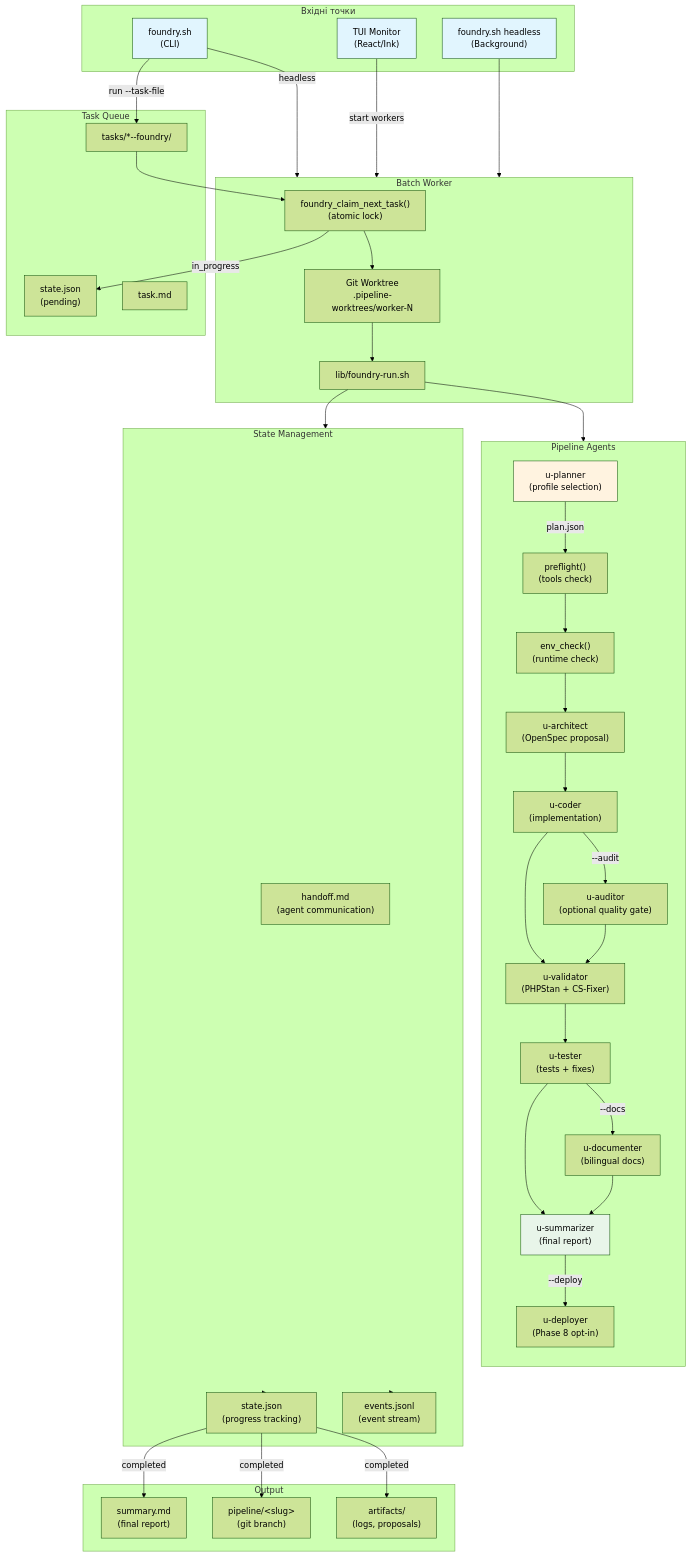
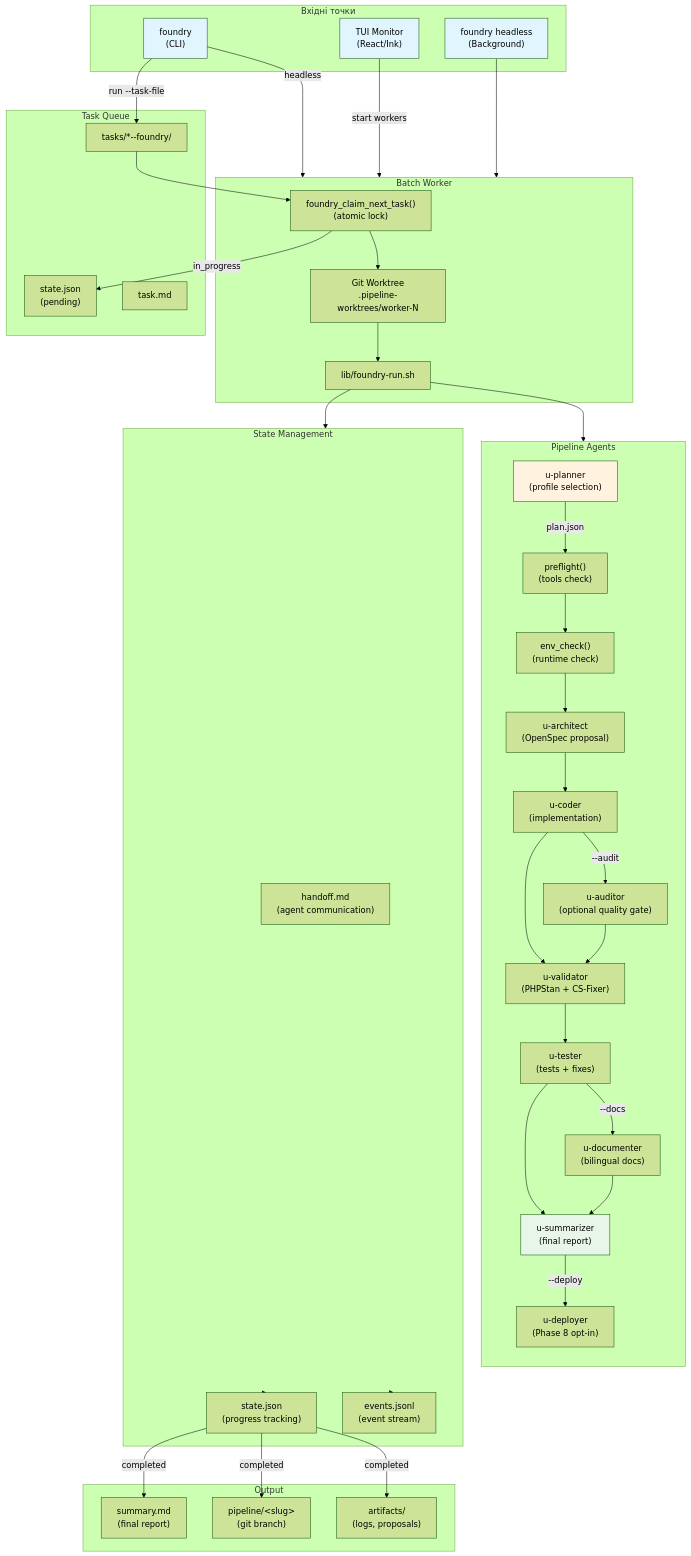
Before and after one commit to brama-ai/workspace: the diagram in agentic-development/audit.md, drawn with Mermaid (forest theme). The commit also changed other lines of this file and 26 other files, not shown here.

````diff
--- a/agentic-development/audit.md
+++ b/agentic-development/audit.md
@@ -124,9 +124,9 @@
 ```mermaid
 flowchart TB
     subgraph Entry["Вхідні точки"]
-        CLI["foundry.sh<br/>(CLI)"]
+        CLI["foundry<br/>(CLI)"]
         TUI["TUI Monitor<br/>(React/Ink)"]
-        Headless["foundry.sh headless<br/>(Background)"]
+        Headless["foundry headless<br/>(Background)"]
     end
 
     subgraph Queue["Task Queue"]
````
